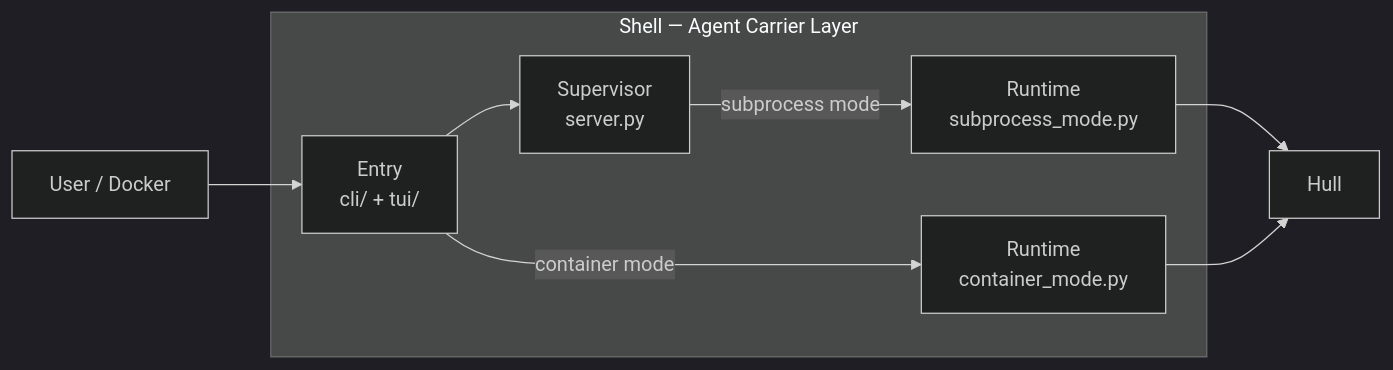
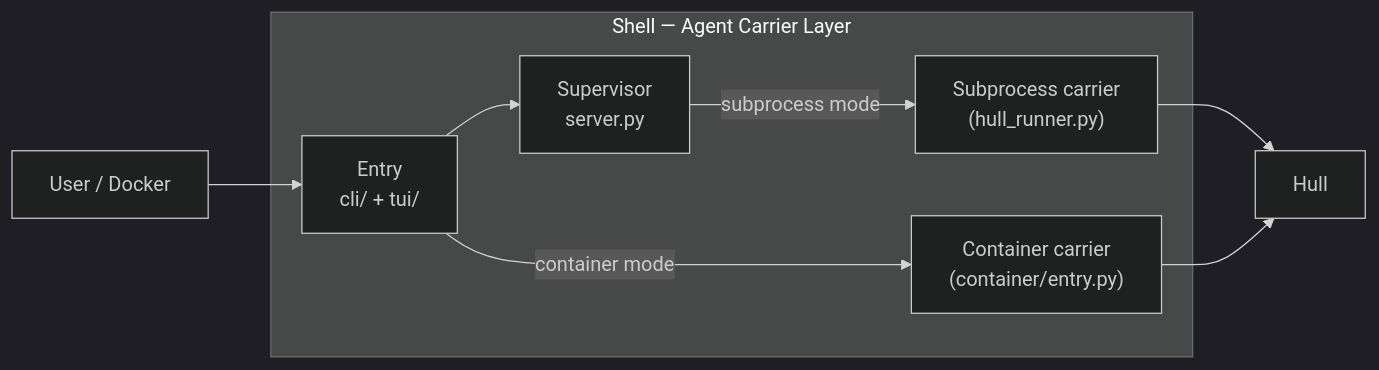
The diagram in src/vessal/ark/shell/README.md (vessal-ai/vessal), drawn with Mermaid (dark theme) before and after one commit. The commit also changed other lines of this file and 1 other file, not shown here.

First line of the commit message:
docs(shell): annotate runtime/ paths as P4 deliverables, show current filenames

````diff
--- a/src/vessal/ark/shell/README.md
+++ b/src/vessal/ark/shell/README.md
@@ -17,15 +17,15 @@
 ```mermaid
 flowchart LR
     User["User / Docker"] --> Entry["Entry\ncli/ + tui/"]
     Entry --> Supervisor["Supervisor\nserver.py"]
-    Supervisor -->|subprocess mode| Runtime["Runtime\nsubprocess_mode.py"]
-    Entry -->|container mode| Runtime2["Runtime\ncontainer_mode.py"]
+    Supervisor -->|subprocess mode| Runtime["Subprocess carrier\n(hull_runner.py)"]
+    Entry -->|container mode| Runtime2["Container carrier\n(container/entry.py)"]
     Runtime --> Hull["Hull"]
     Runtime2 --> Hull
     subgraph Shell["Shell — Agent Carrier Layer"]
         Entry
         Supervisor
         Runtime
         Runtime2
     end
 ```
````
